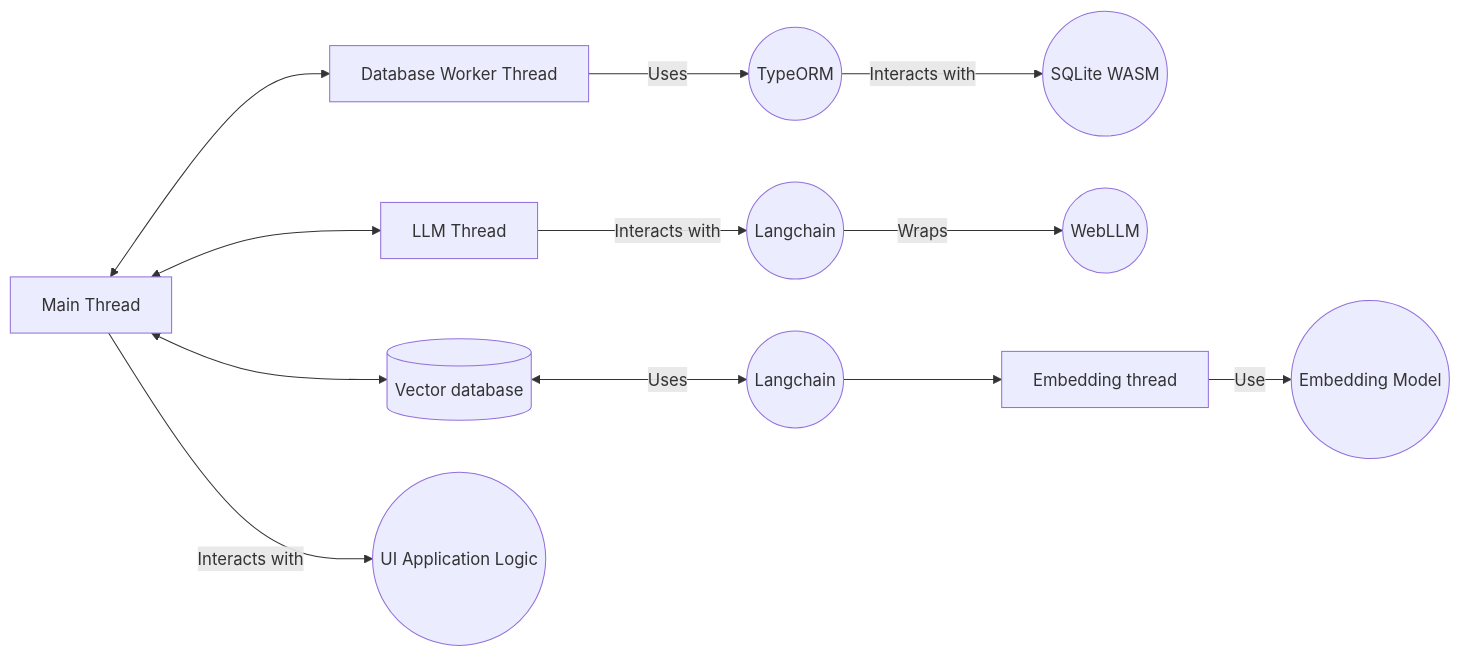
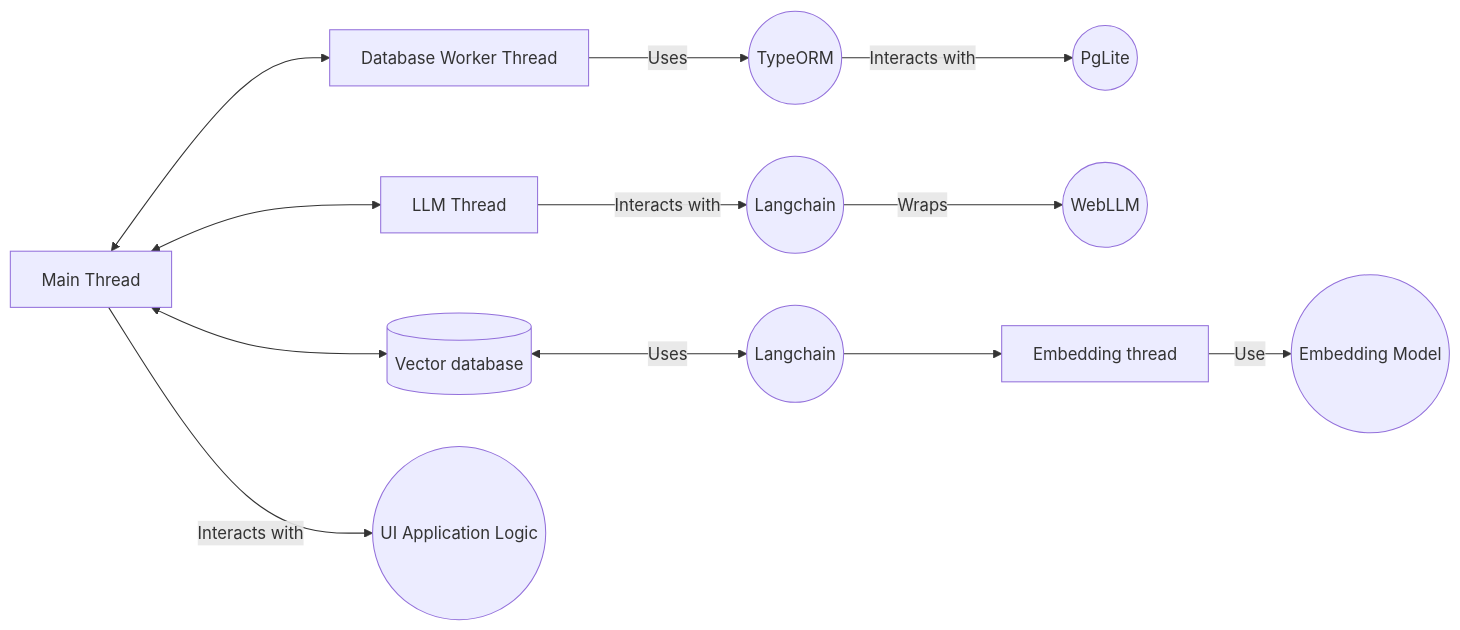
The diagram in README.md (zrg-team/NoLLMChat), drawn with Mermaid before and after one commit. The commit also changed other lines of this file, not shown here.

````diff
--- a/README.md
+++ b/README.md
@@ -53,15 +53,15 @@
 ```mermaid
 graph LR
     A[Main Thread] <--> C[Database Worker Thread]
     C -->|Uses| I((TypeORM))
-    I -->|Interacts with| D((SQLite WASM))
+    I -->|Interacts with| D((PgLite))
     A <--> E[LLM Thread]
     E -->|Interacts with| J((Langchain))
     J -->|Wraps| F((WebLLM))
     A <--> G[(Vector database)]
     G <--> |Uses| H((Langchain))
     H --> K[Embedding thread]
     K -->|Use| L((Embedding Model))
     
     A -->|Interacts with| B((UI Application Logic))
 ```
````
